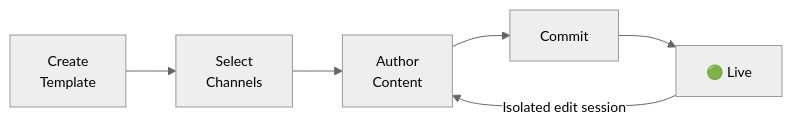
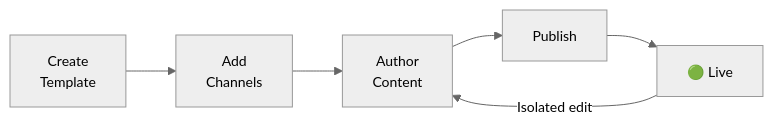
One commit to suprsend/documentation changed the diagram in docs/templates-overview.mdx. Above: the diagram before and after it, drawn with Mermaid. The commit also changed other lines of this file and 8 other files, not shown here.

````diff
--- a/docs/templates-overview.mdx
+++ b/docs/templates-overview.mdx
@@ -27,9 +52,9 @@
 ```mermaid
 %%{init: {'theme': 'neutral', 'themeVariables': {'fontSize': '14px'}}}%%
 flowchart LR
-    A["Create\nTemplate"] --> B["Select\nChannels"]
+    A["Create\nTemplate"] --> B["Add\nChannels"]
     B --> C["Author\nContent"]
-    C --> D["Commit"]
+    C --> D["Publish"]
     D --> E["🟢 Live"]
-    E -- "Isolated edit session" --> C
+    E -- "Isolated edit" --> C
 ```
````
